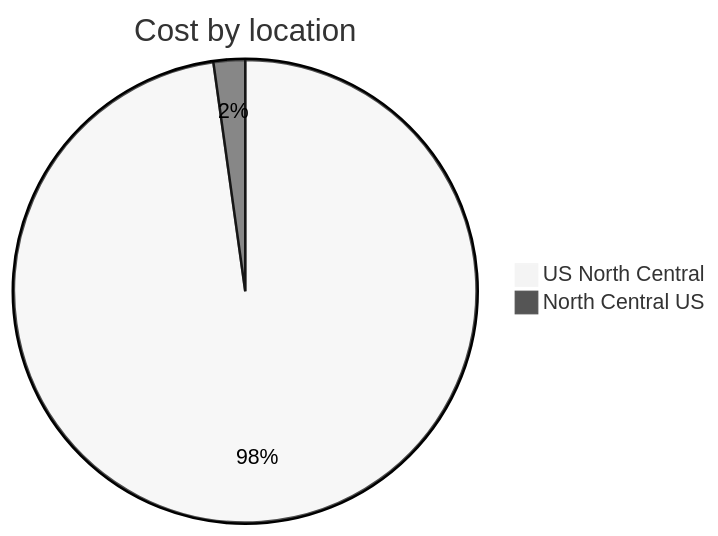
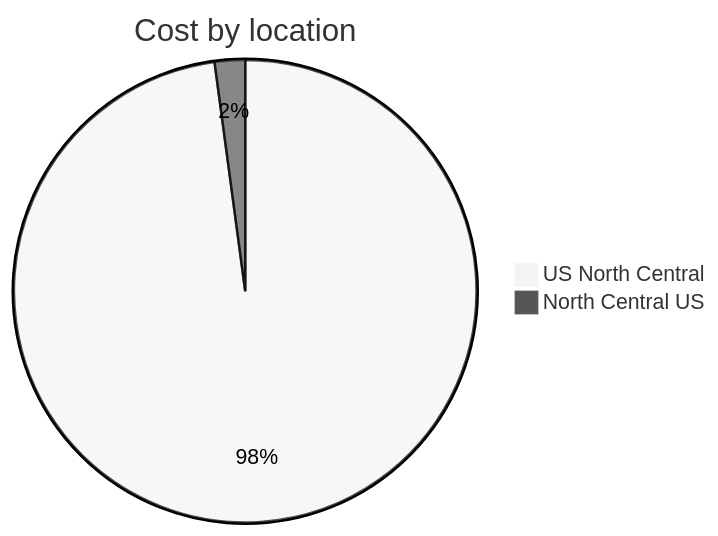
Before and after one commit to jpfulton/azure-personal-reports: the third of 4 diagrams in cost-reports/personal-network/backup-server-data-disk.md, drawn with Mermaid (neutral theme). The commit also changed other lines of this file and 8 other files, not shown here.

````diff
--- a/cost-reports/personal-network/backup-server-data-disk.md
+++ b/cost-reports/personal-network/backup-server-data-disk.md
@@ -108,6 +108,6 @@
 ```mermaid
 pie
    title Cost by location
-   "US North Central" : 19.54
+   "US North Central" : 20.30
    "North Central US" : 0.44
 ```
````
